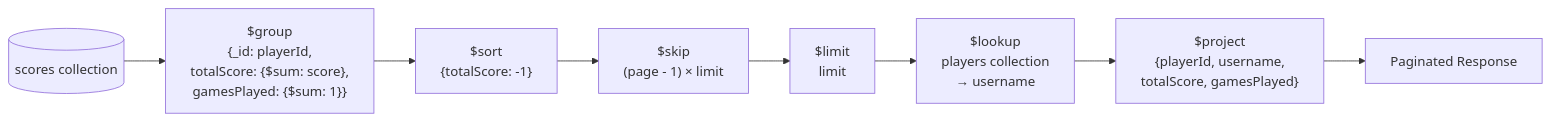
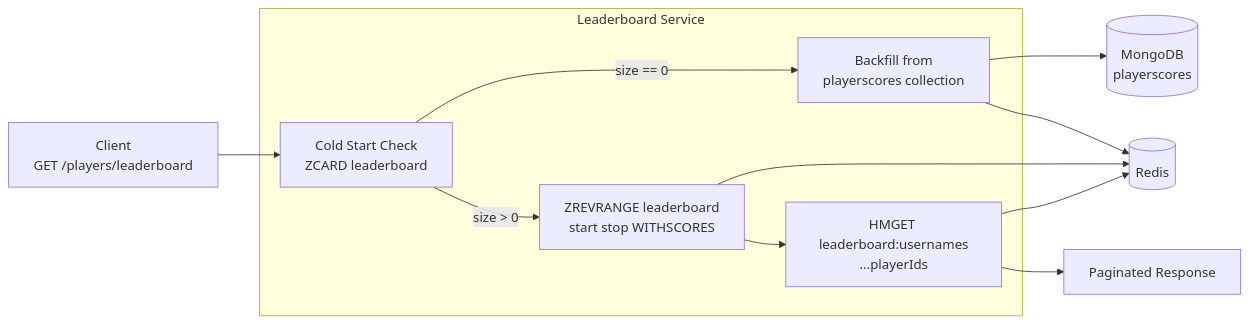
Before and after one commit to AmitOfir4/Whalo-Backend-Exam: the sixth of 8 diagrams in docs/architecture.md, drawn with Mermaid. The commit also changed other lines of this file and 3 other files, not shown here.

````diff
--- a/docs/architecture.md
+++ b/docs/architecture.md
@@ -111,12 +179,23 @@
 ```mermaid
 graph LR
-    SC[(scores collection)]
-    
-    SC --> G["$group<br/>{_id: playerId,<br/>totalScore: {$sum: score},<br/>gamesPlayed: {$sum: 1}}"]
-    G --> S["$sort<br/>{totalScore: -1}"]
-    S --> SK["$skip<br/>(page - 1) × limit"]
-    SK --> L["$limit<br/>limit"]
-    L --> LK["$lookup<br/>players collection<br/>→ username"]
-    LK --> P["$project<br/>{playerId, username,<br/>totalScore, gamesPlayed}"]
-    P --> RES[Paginated Response]
+    C[Client<br/>GET /players/leaderboard]
+    subgraph LeaderboardService["Leaderboard Service"]
+        CW[Cold Start Check<br/>ZCARD leaderboard]
+        BF[Backfill from<br/>playerscores collection]
+        ZR[ZREVRANGE leaderboard<br/>start stop WITHSCORES]
+        HM[HMGET leaderboard:usernames<br/>...playerIds]
+    end
+    Redis[(Redis)]
+    DB[(MongoDB<br/>playerscores)]
+    RES[Paginated Response]
+
+    C --> CW
+    CW -->|size == 0| BF
+    BF --> DB
+    BF --> Redis
+    CW -->|size > 0| ZR
+    ZR --> Redis
+    ZR --> HM
+    HM --> Redis
+    HM --> RES
 ```
````
